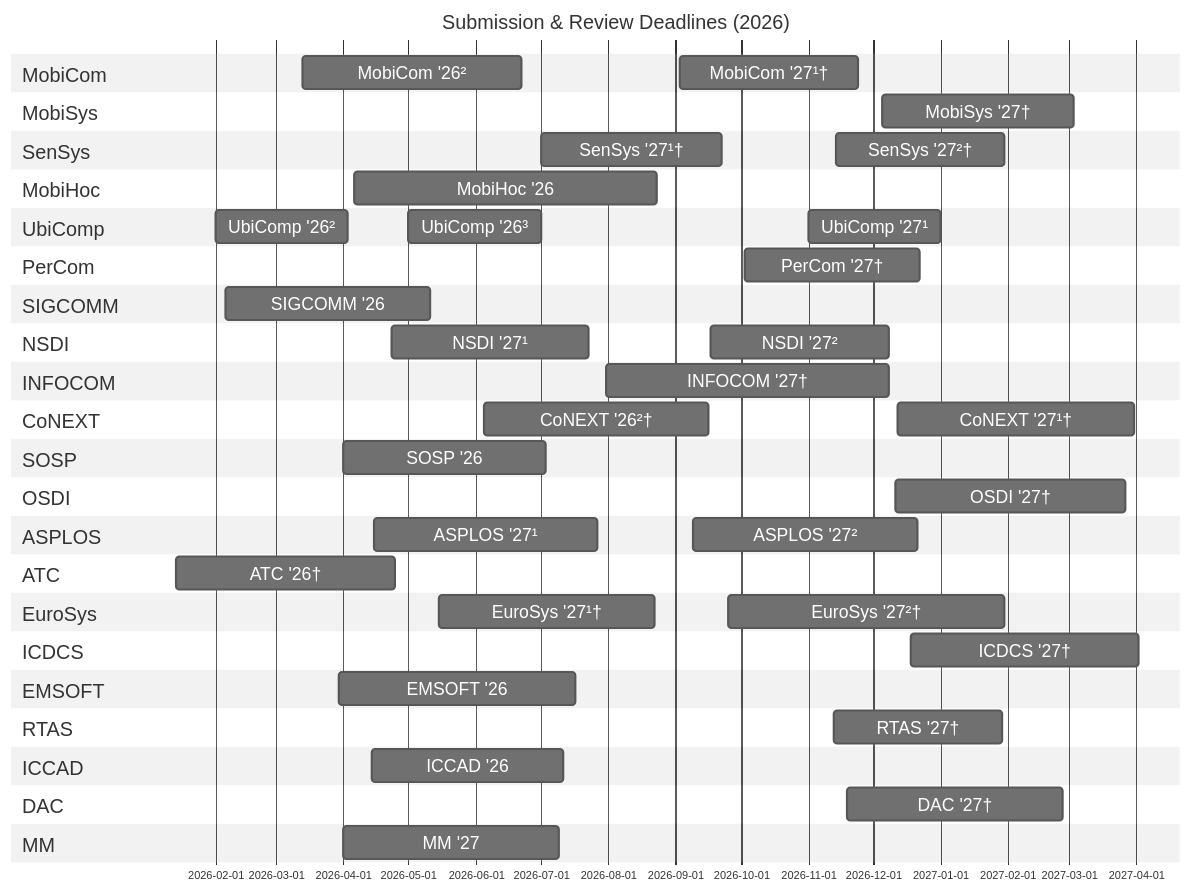
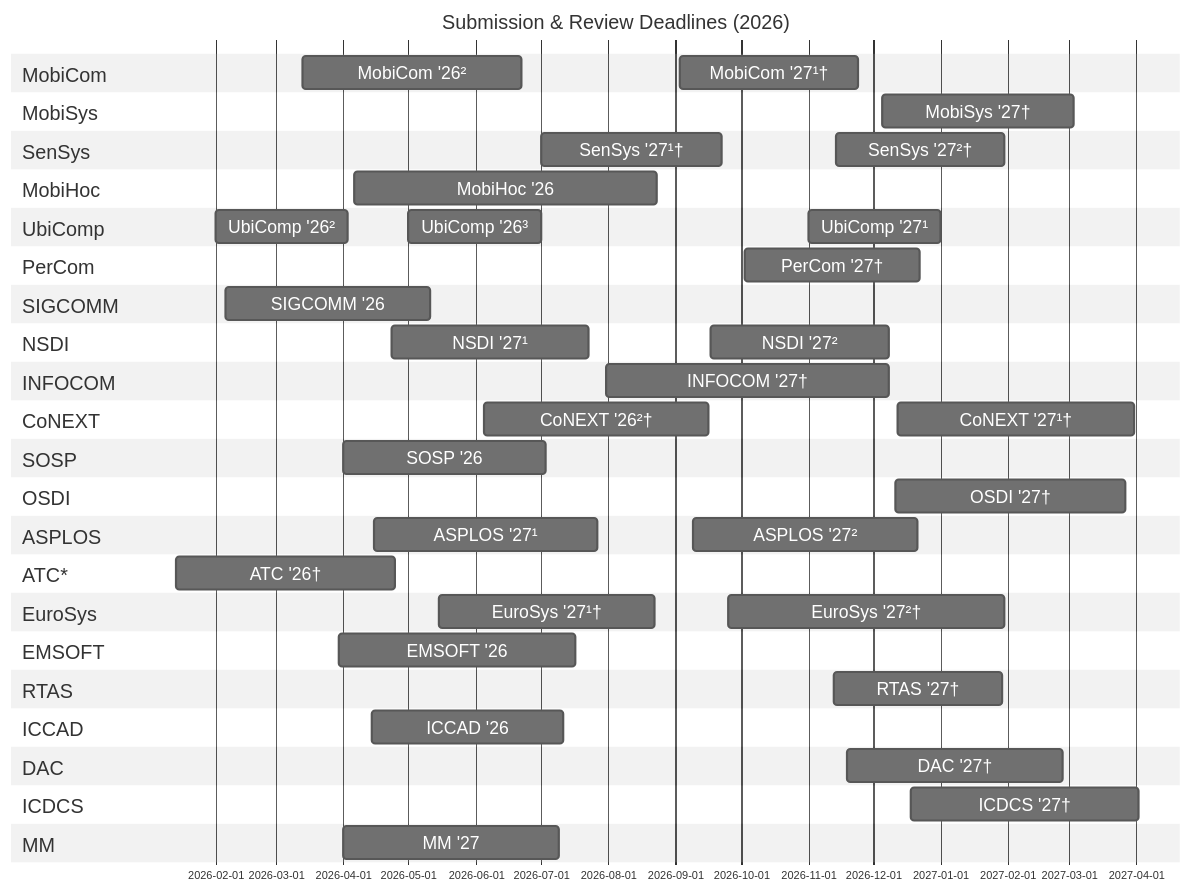
The diagram in README.md (iamseonghoon/Mobile-Systems-Conference-Deadlines), drawn with Mermaid before and after one commit.

Commit message:
Update conference sections in README.md

````diff
--- a/README.md
+++ b/README.md
@@ -76,18 +76,12 @@
     ASPLOS '27¹ :asplos27-review1, 2026-04-15, 103d
     ASPLOS '27² :asplos27-review2, 2026-09-09, 103d
 
-    section ATC
+    section ATC*
     ATC '26† :atc26-review, 2026-01-14, 101d
 
     section EuroSys
     EuroSys '27¹† :eurosys27-review1, 2026-05-15, 99d
     EuroSys '27²† :eurosys27-review2, 2026-09-25, 127d
-
-    %%section PACT
-    %%PACT '26 :pact26-review, 2026-04-24, 103d
-
-    section ICDCS
-    ICDCS '27† :icdcs27-review, 2026-12-18, 105d
 
     %% --------------------------
     %% Embedded / EDA
@@ -104,15 +98,12 @@
     section DAC
     DAC '27† :dac27-review, 2026-11-19, 99d
 
+    section ICDCS
+    ICDCS '27† :icdcs27-review, 2026-12-18, 105d
+
     %% --------------------------
-    %% Multimedia, AR/VR/XR
+    %% Multimedia
     %% --------------------------
     section MM
     MM '27 :mm27-review, 2026-04-01, 99d
-
-    %%section VR
-    %%VR '27† :vr27-review, 2026-09-12, 133d
-
-    %%section ISMAR
-    %%ISMAR '26 :ismar26-review, 2026-03-16, 98d
 ```
````
